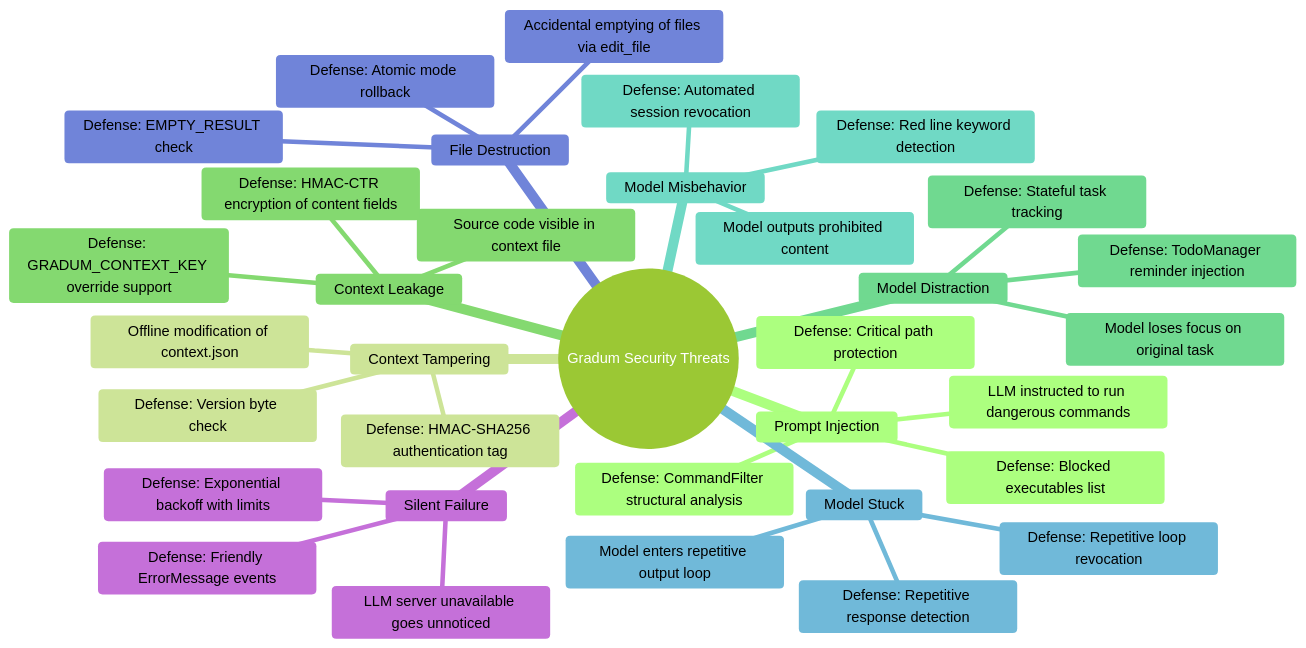
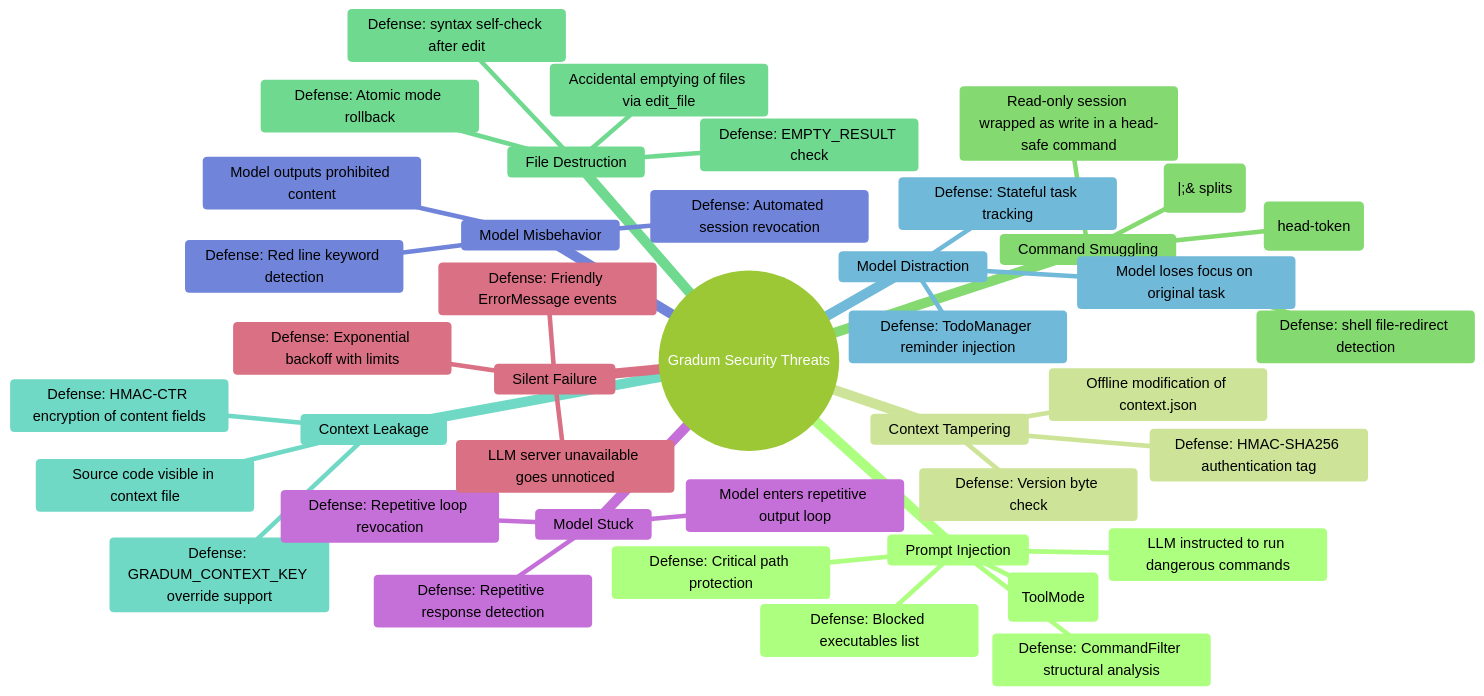
Before and after one commit to lg841226/Gradum: diagram 24 of 29 in docs/ARCHITECTURE.md, drawn with Mermaid (forest theme). The commit also changed other lines of this file and 5 other files, not shown here.

Commit message:
docs: sync ARCHITECTURE.md with framework refactor and polish skill/plugin code

````diff
--- a/docs/ARCHITECTURE.md
+++ b/docs/ARCHITECTURE.md
@@ -1398,37 +1548,44 @@
 ```mermaid
 mindmap
   root((Gradum Security Threats))
     Prompt Injection
       LLM instructed to run dangerous commands
       Defense: CommandFilter structural analysis
       Defense: Blocked executables list
       Defense: Critical path protection
+      Defense: Read-only whitelist + redirect scan (ToolMode)
     Context Tampering
       Offline modification of context.json
       Defense: HMAC-SHA256 authentication tag
       Defense: Version byte check
+    Command Smuggling
+      Read-only session wrapped as write in a head-safe command
+      Defense: READ_ONLY whitelisted-executable set (head-token)
+      Defense: pipeline subcommand checks (|;& splits)
+      Defense: shell file-redirect detection
+    File Destruction
+      Accidental emptying of files via edit_file
+      Defense: EMPTY_RESULT check
+      Defense: Atomic mode rollback
+      Defense: syntax self-check after edit
     Context Leakage
       Source code visible in context file
       Defense: HMAC-CTR encryption of content fields
       Defense: GRADUM_CONTEXT_KEY override support
     Model Distraction
       Model loses focus on original task
       Defense: TodoManager reminder injection
       Defense: Stateful task tracking
     Model Misbehavior
       Model outputs prohibited content
       Defense: Red line keyword detection
       Defense: Automated session revocation
     Model Stuck
       Model enters repetitive output loop
       Defense: Repetitive response detection
       Defense: Repetitive loop revocation
-    File Destruction
-      Accidental emptying of files via edit_file
-      Defense: EMPTY_RESULT check
-      Defense: Atomic mode rollback
     Silent Failure
       LLM server unavailable goes unnoticed
       Defense: Exponential backoff with limits
       Defense: Friendly ErrorMessage events
 ```
````
